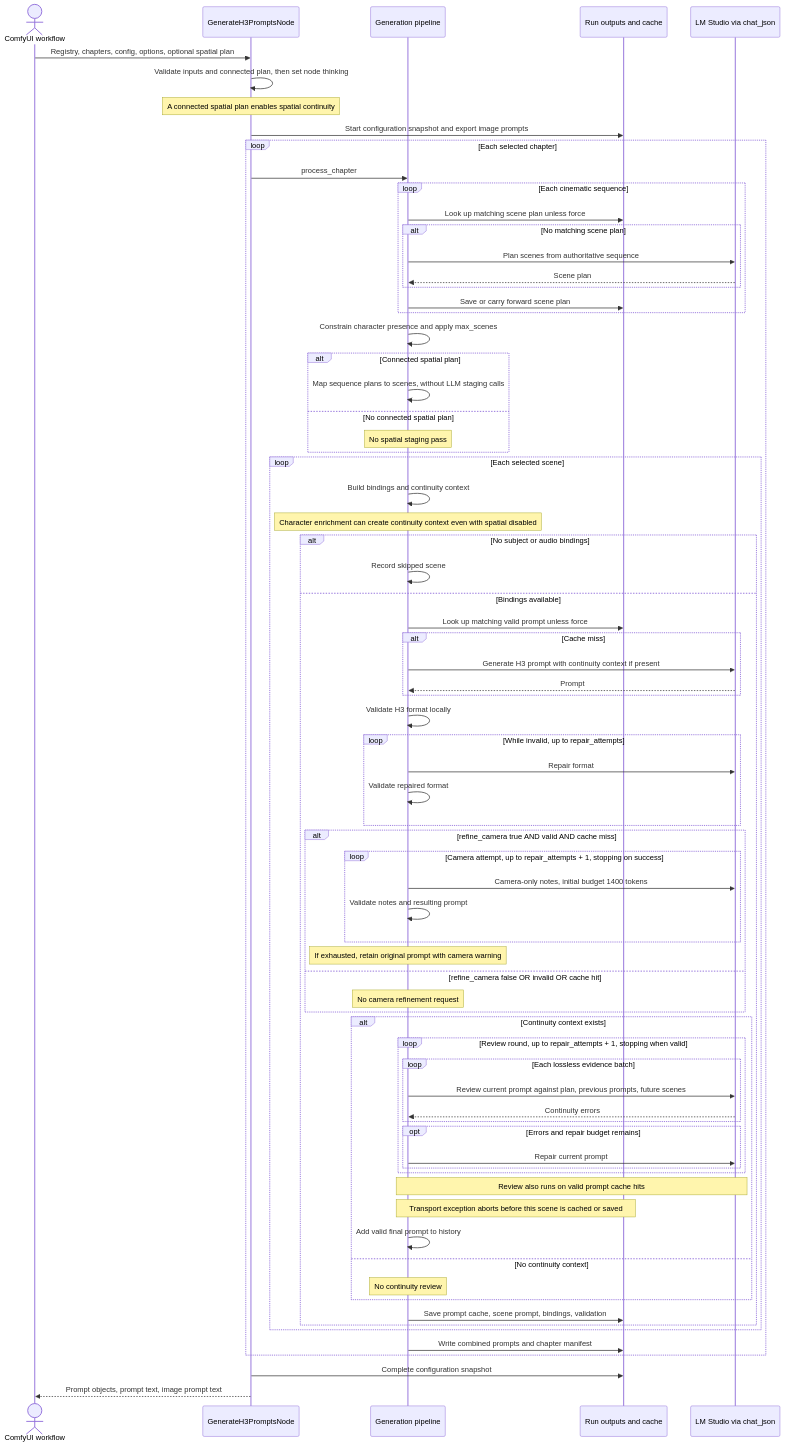
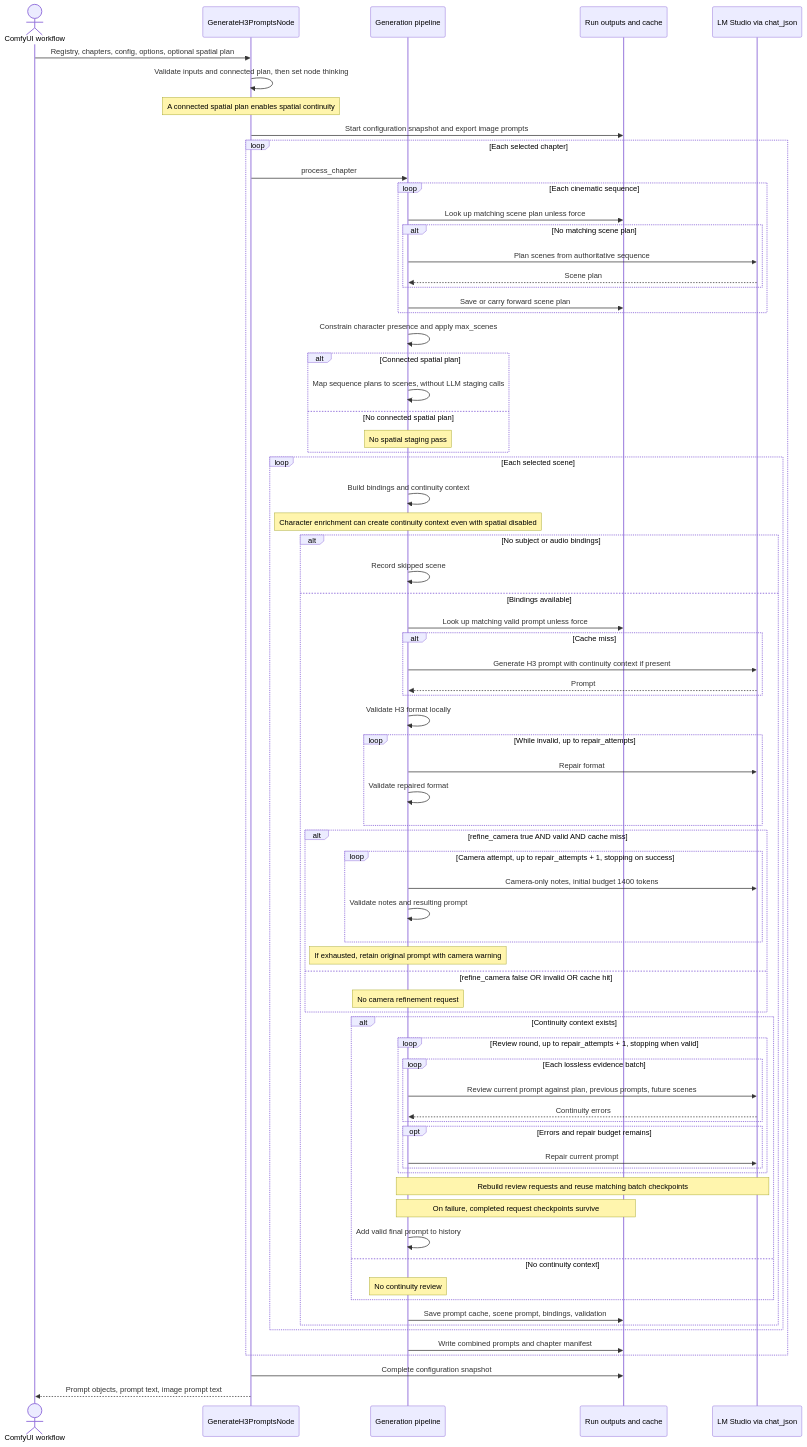
One commit to yuyuki/ComfyUI-Minimax_H3_Novel_Pipeline changed the diagram in docs/architecture/generate_h3_prompts.md. Above: the diagram before and after it, drawn with Mermaid. The commit also changed other lines of this file and 8 other files, not shown here.

First line of the commit message:
Refactor H3 prompt generation and introduce request tracking

````diff
--- a/docs/architecture/generate_h3_prompts.md
+++ b/docs/architecture/generate_h3_prompts.md
@@ -9,77 +9,77 @@
 ```mermaid
 sequenceDiagram
     actor User as ComfyUI workflow
     participant Node as GenerateH3PromptsNode
     participant Pipeline as Generation pipeline
     participant Disk as Run outputs and cache
     participant LLM as LM Studio via chat_json
 
     User->>Node: Registry, chapters, config, options, optional spatial plan
     Node->>Node: Validate inputs and connected plan, then set node thinking
     Note over Node: A connected spatial plan enables spatial continuity
     Node->>Disk: Start configuration snapshot and export image prompts
     loop Each selected chapter
         Node->>Pipeline: process_chapter
         loop Each cinematic sequence
             Pipeline->>Disk: Look up matching scene plan unless force
             alt No matching scene plan
                 Pipeline->>LLM: Plan scenes from authoritative sequence
                 LLM-->>Pipeline: Scene plan
             end
             Pipeline->>Disk: Save or carry forward scene plan
         end
         Pipeline->>Pipeline: Constrain character presence and apply max_scenes
         alt Connected spatial plan
             Pipeline->>Pipeline: Map sequence plans to scenes, without LLM staging calls
         else No connected spatial plan
             Note over Pipeline: No spatial staging pass
         end
         loop Each selected scene
             Pipeline->>Pipeline: Build bindings and continuity context
             Note over Pipeline: Character enrichment can create continuity context even with spatial disabled
             alt No subject or audio bindings
                 Pipeline->>Pipeline: Record skipped scene
             else Bindings available
                 Pipeline->>Disk: Look up matching valid prompt unless force
                 alt Cache miss
                     Pipeline->>LLM: Generate H3 prompt with continuity context if present
                     LLM-->>Pipeline: Prompt
                 end
                 Pipeline->>Pipeline: Validate H3 format locally
                 loop While invalid, up to repair_attempts
                     Pipeline->>LLM: Repair format
                     Pipeline->>Pipeline: Validate repaired format
                 end
                 alt refine_camera true AND valid AND cache miss
                     loop Camera attempt, up to repair_attempts + 1, stopping on success
                         Pipeline->>LLM: Camera-only notes, initial budget 1400 tokens
                         Pipeline->>Pipeline: Validate notes and resulting prompt
                     end
                     Note over Pipeline: If exhausted, retain original prompt with camera warning
                 else refine_camera false OR invalid OR cache hit
                     Note over Pipeline: No camera refinement request
                 end
                 alt Continuity context exists
                     loop Review round, up to repair_attempts + 1, stopping when valid
                         loop Each lossless evidence batch
                             Pipeline->>LLM: Review current prompt against plan, previous prompts, future scenes
                             LLM-->>Pipeline: Continuity errors
                         end
                         opt Errors and repair budget remains
                             Pipeline->>LLM: Repair current prompt
                         end
                     end
-                    Note over Pipeline,LLM: Review also runs on valid prompt cache hits
-                    Note over Pipeline,Disk: Transport exception aborts before this scene is cached or saved
+                    Note over Pipeline,LLM: Rebuild review requests and reuse matching batch checkpoints
+                    Note over Pipeline,Disk: On failure, completed request checkpoints survive
                     Pipeline->>Pipeline: Add valid final prompt to history
                 else No continuity context
                     Note over Pipeline: No continuity review
                 end
                 Pipeline->>Disk: Save prompt cache, scene prompt, bindings, validation
             end
         end
         Pipeline->>Disk: Write combined prompts and chapter manifest
     end
     Node->>Disk: Complete configuration snapshot
     Node-->>User: Prompt objects, prompt text, image prompt text
 ```
````
